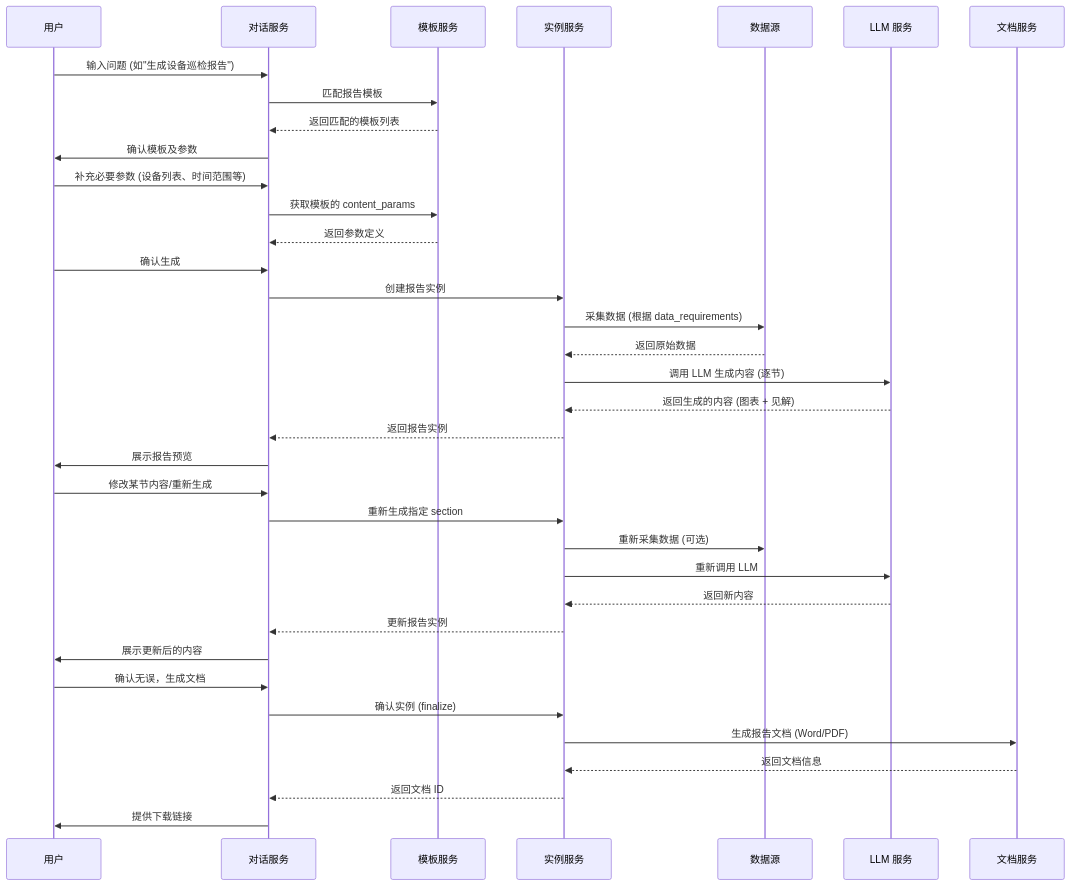
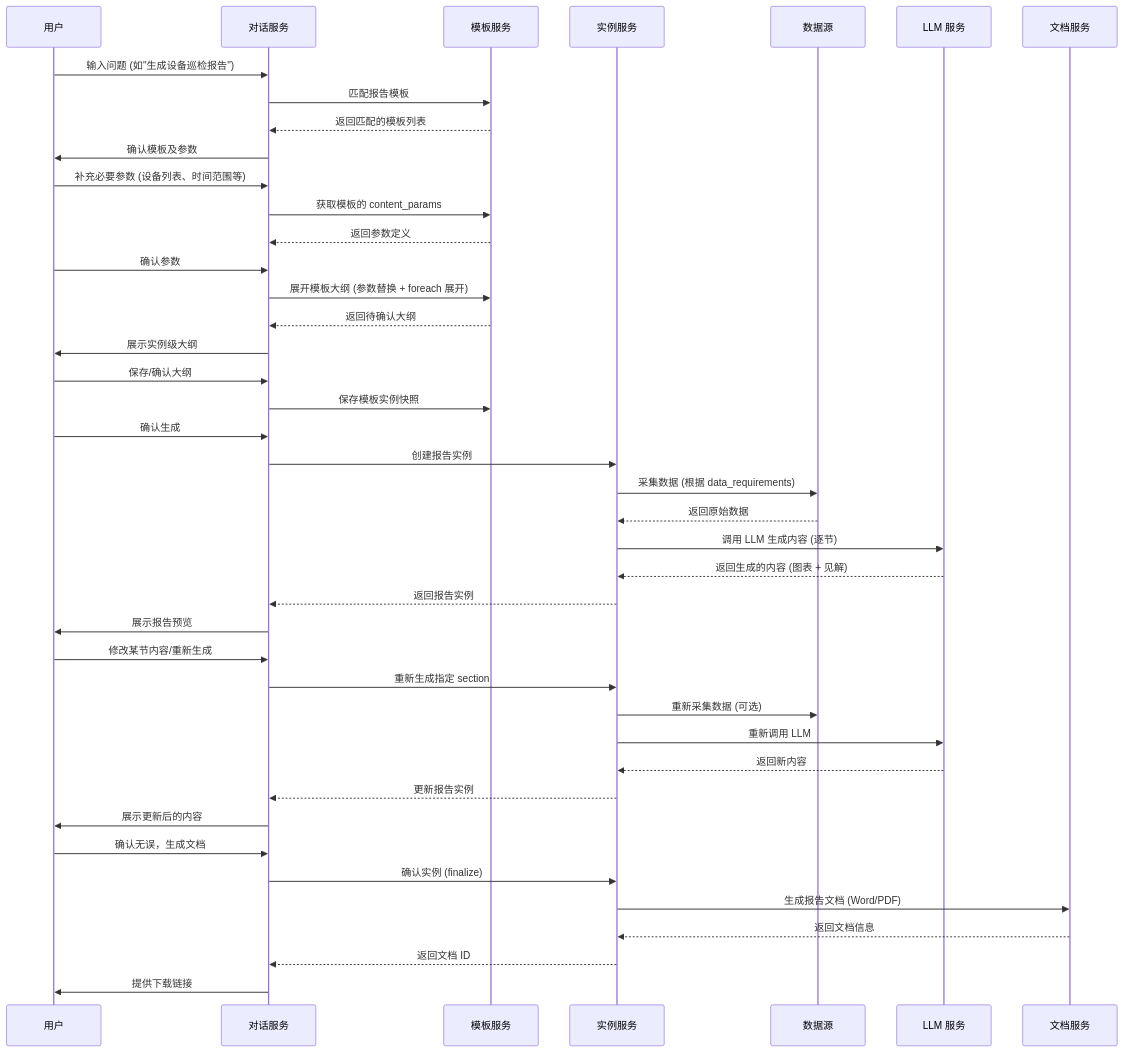
The second of 6 diagrams in design/design.md (shel447/ReportSystem), drawn with Mermaid before and after one commit. The commit also changed other lines of this file and 18 other files, not shown here.

````diff
--- a/design/design.md
+++ b/design/design.md
@@ -103,48 +103,56 @@
 ```mermaid
 sequenceDiagram
     participant User as 用户
     participant Chat as 对话服务
     participant Template as 模板服务
     participant Instance as 实例服务
     participant Data as 数据源
     participant LLM as LLM 服务
     participant Doc as 文档服务
 
     %% 阶段 1: 模板匹配
     User->>Chat: 输入问题 (如"生成设备巡检报告")
     Chat->>Template: 匹配报告模板
     Template-->>Chat: 返回匹配的模板列表
     Chat->>User: 确认模板及参数
 
     %% 阶段 2: 参数收集
     User->>Chat: 补充必要参数 (设备列表、时间范围等)
     Chat->>Template: 获取模板的 content_params
     Template-->>Chat: 返回参数定义
 
-    %% 阶段 3: 生成报告实例
+    %% 阶段 3: 大纲确认
+    User->>Chat: 确认参数
+    Chat->>Template: 展开模板大纲 (参数替换 + foreach 展开)
+    Template-->>Chat: 返回待确认大纲
+    Chat->>User: 展示实例级大纲
+    User->>Chat: 保存/确认大纲
+    Chat->>Template: 保存模板实例快照
+
+    %% 阶段 4: 生成报告实例
     User->>Chat: 确认生成
     Chat->>Instance: 创建报告实例
     Instance->>Data: 采集数据 (根据 data_requirements)
     Data-->>Instance: 返回原始数据
     Instance->>LLM: 调用 LLM 生成内容 (逐节)
     LLM-->>Instance: 返回生成的内容 (图表 + 见解)
     Instance-->>Chat: 返回报告实例
     Chat->>User: 展示报告预览
 
-    %% 阶段 4: 修改与重新生成
+    %% 阶段 5: 修改与重新生成
     User->>Chat: 修改某节内容/重新生成
     Chat->>Instance: 重新生成指定 section
     Instance->>Data: 重新采集数据 (可选)
     Instance->>LLM: 重新调用 LLM
     LLM-->>Instance: 返回新内容
     Instance-->>Chat: 更新报告实例
     Chat->>User: 展示更新后的内容
 
-    %% 阶段 5: 生成文档
+    %% 阶段 6: 生成文档
     User->>Chat: 确认无误，生成文档
     Chat->>Instance: 确认实例 (finalize)
     Instance->>Doc: 生成报告文档 (Word/PDF)
     Doc-->>Instance: 返回文档信息
     Instance-->>Chat: 返回文档 ID
     Chat->>User: 提供下载链接
 ```
````
